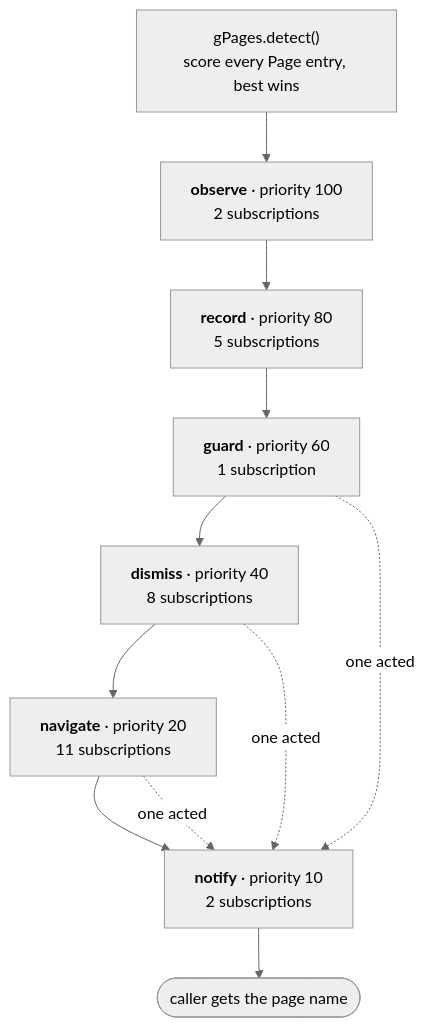
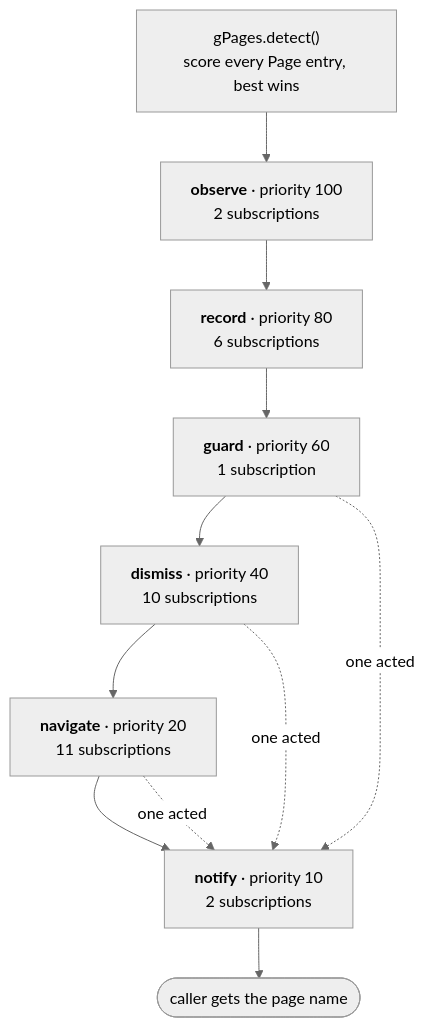
Before and after one commit to TsumTsumScripts/tsum-tsum-script: the first of 3 diagrams in app.gap.Tsum/PAGE_DISPATCH.md, drawn with Mermaid (neutral theme). The commit also changed other lines of this file and 80 other files, not shown here.

````diff
--- a/app.gap.Tsum/PAGE_DISPATCH.md
+++ b/app.gap.Tsum/PAGE_DISPATCH.md
@@ -24,21 +24,21 @@
 ```mermaid
 flowchart TD
   detect["gPages.detect()<br/>score every Page entry, best wins"]
   c0["<b>observe</b> &middot; priority 100<br/>2 subscriptions"]
-  c1["<b>record</b> &middot; priority 80<br/>5 subscriptions"]
+  c1["<b>record</b> &middot; priority 80<br/>6 subscriptions"]
   c2["<b>guard</b> &middot; priority 60<br/>1 subscription"]
-  c3["<b>dismiss</b> &middot; priority 40<br/>8 subscriptions"]
+  c3["<b>dismiss</b> &middot; priority 40<br/>10 subscriptions"]
   c4["<b>navigate</b> &middot; priority 20<br/>11 subscriptions"]
   c5["<b>notify</b> &middot; priority 10<br/>2 subscriptions"]
   done(["caller gets the page name"])
   detect --> c0
   c0 --> c1
   c1 --> c2
   c2 --> c3
   c3 --> c4
   c4 --> c5
   c5 --> done
   c2 -. "one acted" .-> c5
   c3 -. "one acted" .-> c5
   c4 -. "one acted" .-> c5
 ```
````
